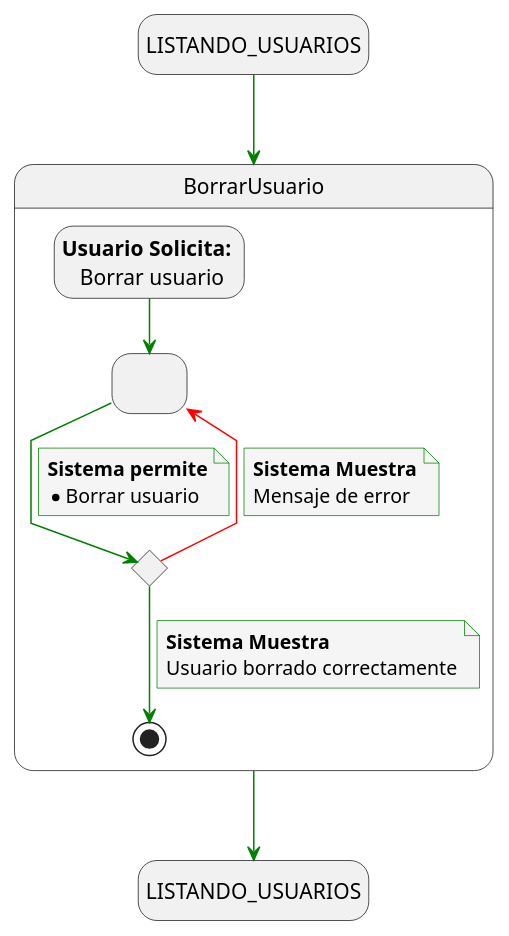
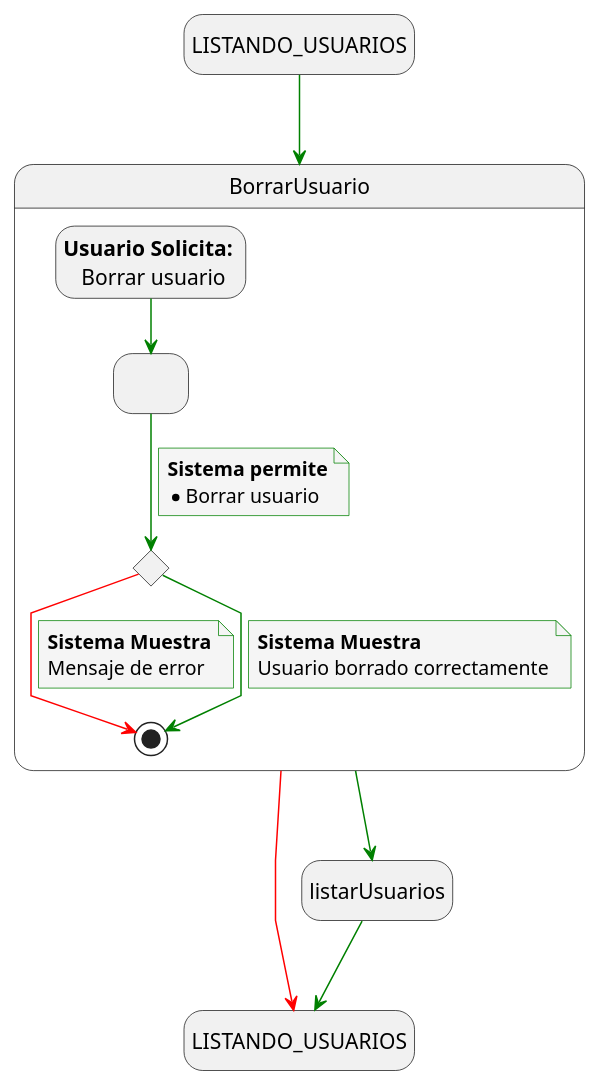
The diagram in docs/casosDeUso/detalladoCasosDeUso/detalladoUsuarios/detalladoBorrarUsuario.puml (mmasias/24-25-IdSw1-SDR), drawn with PlantUML before and after one commit. The commit also changed 17 other files, not shown here.

Commit message:
Actualizar diagramas de casos de uso para redirigir a abrirDashboard y corregir transiciones de estado

```diff
--- a/docs/casosDeUso/detalladoCasosDeUso/detalladoUsuarios/detalladoBorrarUsuario.puml
+++ b/docs/casosDeUso/detalladoCasosDeUso/detalladoUsuarios/detalladoBorrarUsuario.puml
@@ -1,43 +1,45 @@
 @startuml borrar_usuario
 
 skinparam {
   NoteBackgroundColor #whiteSmoke
   ArrowColor #green
   NoteBorderColor #green
   linetype polyline
 }
 
 hide empty description
 
 state startState as "LISTANDO_USUARIOS"
 state endState as "LISTANDO_USUARIOS"
 
 startState --> BorrarUsuario
-BorrarUsuario --> endState
+BorrarUsuario --> listarUsuarios
+BorrarUsuario -[#red]-> endState
+listarUsuarios --> endState
 
 state BorrarUsuario {
     state solicitudBorrarUsuario as " "
     state revisionBorrarUsuario <<choice>>
     state usuarioSolicita as "<b>Usuario Solicita:</b> \n Borrar usuario"
 
     usuarioSolicita --> solicitudBorrarUsuario
     solicitudBorrarUsuario --> revisionBorrarUsuario
     note on link
         <b>Sistema permite</b>
         * Borrar usuario
     end note
 
-    revisionBorrarUsuario -[#red]-> solicitudBorrarUsuario
+    revisionBorrarUsuario -[#red]-> [*]
     note on link
         <b>Sistema Muestra</b>
         Mensaje de error
     end note
 
    revisionBorrarUsuario --> [*]
     note on link
         <b>Sistema Muestra</b>
         Usuario borrado correctamente
     end note
 }
 
 @enduml
```
